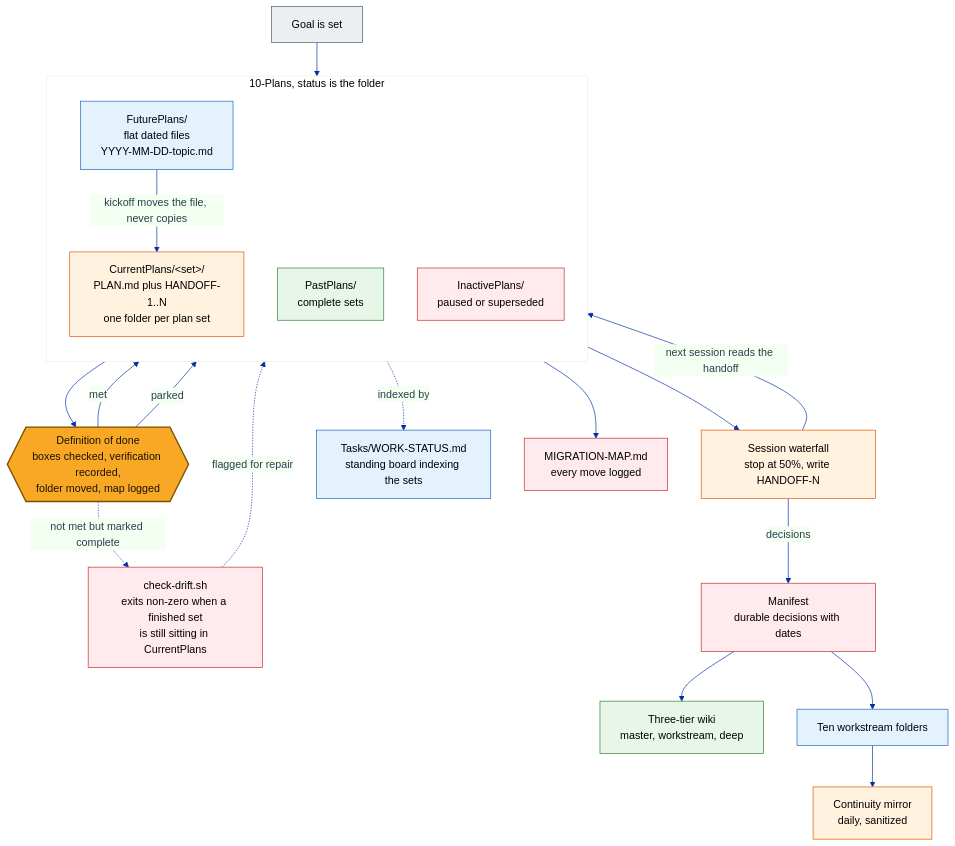
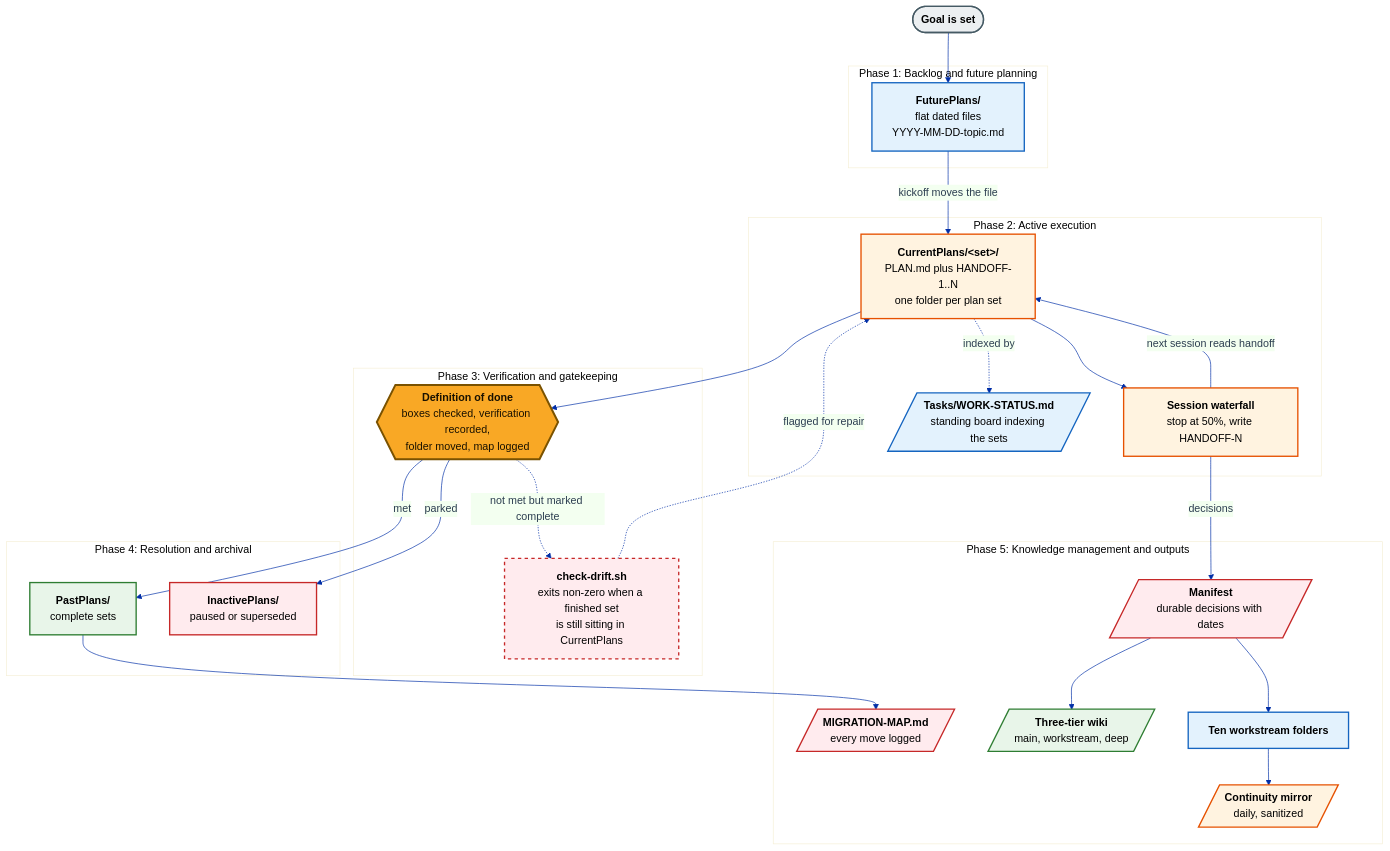
The diagram in diagrams/operating-loop.mmd (mmentzerhernandez/global_experience), drawn with Mermaid before and after one commit. The commit also changed 8 other files, not shown here.

First line of the commit message:
content: new plans lifecycle and email-routing diagrams, main not master

```diff
--- a/diagrams/operating-loop.mmd
+++ b/diagrams/operating-loop.mmd
@@ -1,56 +1,89 @@
 ---
 config:
   theme: base
   themeVariables:
     primaryColor: "#f0f3ff"
     primaryBorderColor: "#002fa7"
     primaryTextColor: "#2c3e50"
     lineColor: "#002fa7"
     fontFamily: "-apple-system,BlinkMacSystemFont,Segoe UI,Roboto,sans-serif"
 ---
 flowchart TD
-    OWNER["Goal is set"]:::people
+    %% -- TIER 0: TRIGGER --
+    OWNER([<b>Goal is set</b>]):::people
 
-    subgraph PLANS["10-Plans, status is the folder"]
-        direction TB
-        FUT["FuturePlans/<br/>flat dated files<br/>YYYY-MM-DD-topic.md"]:::access
-        CUR["CurrentPlans/&lt;set&gt;/<br/>PLAN.md plus HANDOFF-1..N<br/>one folder per plan set"]:::enforce
-        PAST["PastPlans/<br/>complete sets"]:::course
-        INACT["InactivePlans/<br/>paused or superseded"]:::report
+    %% -- TIER 1: INCEPTION --
+    subgraph PHASE1 ["Phase 1: Backlog and future planning"]
+        FUT["<b>FuturePlans/</b><br/>flat dated files<br/>YYYY-MM-DD-topic.md"]:::access
     end
 
-    WATERFALL["Session waterfall<br/>stop at 50%, write HANDOFF-N"]:::enforce
-    DOD{{"Definition of done<br/>boxes checked, verification recorded,<br/>folder moved, map logged"}}:::gate
-    BOARD["Tasks/WORK-STATUS.md<br/>standing board indexing the sets"]:::access
-    DRIFT["check-drift.sh<br/>exits non-zero when a finished set<br/>is still sitting in CurrentPlans"]:::refuse
-    MAP["MIGRATION-MAP.md<br/>every move logged"]:::report
+    %% -- TIER 2: ACTIVE WORK --
+    subgraph PHASE2 ["Phase 2: Active execution"]
+        CUR["<b>CurrentPlans/&lt;set&gt;/</b><br/>PLAN.md plus HANDOFF-1..N<br/>one folder per plan set"]:::enforce
+        WATERFALL["<b>Session waterfall</b><br/>stop at 50%, write HANDOFF-N"]:::enforce
+        BOARD[/"<b>Tasks/WORK-STATUS.md</b><br/>standing board indexing the sets"/]:::access
+    end
 
-    MANIFEST["Manifest<br/>durable decisions with dates"]:::report
-    WIKI["Three-tier wiki<br/>master, workstream, deep"]:::course
-    WORK["Ten workstream folders"]:::access
-    MIRROR["Continuity mirror<br/>daily, sanitized"]:::enforce
+    %% -- TIER 3: QUALITY GATE --
+    subgraph PHASE3 ["Phase 3: Verification and gatekeeping"]
+        DOD{{"<b>Definition of done</b><br/>boxes checked, verification recorded,<br/>folder moved, map logged"}}:::gate
+        DRIFT["<b>check-drift.sh</b><br/>exits non-zero when a finished set<br/>is still sitting in CurrentPlans"]:::refuse
+    end
 
+    %% -- TIER 4: TERMINAL STATES --
+    subgraph PHASE4 ["Phase 4: Resolution and archival"]
+        PAST["<b>PastPlans/</b><br/>complete sets"]:::course
+        INACT["<b>InactivePlans/</b><br/>paused or superseded"]:::report
+    end
+
+    %% -- TIER 5: DOWNSTREAM ARTIFACTS --
+    subgraph PHASE5 ["Phase 5: Knowledge management and outputs"]
+        MAP[/"<b>MIGRATION-MAP.md</b><br/>every move logged"/]:::report
+        MANIFEST[/"<b>Manifest</b><br/>durable decisions with dates"/]:::report
+        WIKI[/"<b>Three-tier wiki</b><br/>main, workstream, deep"/]:::course
+        WORK["<b>Ten workstream folders</b>"]:::access
+        MIRROR[/"<b>Continuity mirror</b><br/>daily, sanitized"/]:::enforce
+    end
+
+    %% =======================
+    %% LIFECYCLE ROUTING
+    %% =======================
+
+    %% Initiation
     OWNER --> FUT
-    FUT -->|"kickoff moves the file, never copies"| CUR
+    FUT -->|"kickoff moves the file"| CUR
+
+    %% Active work loop
     CUR --> WATERFALL
-    WATERFALL -->|"next session reads the handoff"| CUR
+    WATERFALL -->|"next session reads handoff"| CUR
+    CUR -.->|"indexed by"| BOARD
+
+    %% Moving to verification
     CUR --> DOD
+
+    %% Validation and repair loop
+    DOD -.->|"not met but marked complete"| DRIFT
+    DRIFT -.->|"flagged for repair"| CUR
+
+    %% Resolution states
     DOD -->|"met"| PAST
     DOD -->|"parked"| INACT
+
+    %% Downstream artifacts
     PAST --> MAP
-    CUR -.->|"indexed by"| BOARD
-    DOD -.->|"not met but marked complete"| DRIFT
-    DRIFT -.->|"flagged for repair"| CUR
 
     WATERFALL -->|"decisions"| MANIFEST
     MANIFEST --> WIKI
     MANIFEST --> WORK
     WORK --> MIRROR
 
-    classDef people fill:#ECEFF1,stroke:#455A64,color:#000000
-    classDef access fill:#E3F2FD,stroke:#1565C0,color:#000000
-    classDef course fill:#E8F5E9,stroke:#2E7D32,color:#000000
-    classDef enforce fill:#FFF3E0,stroke:#E65100,color:#000000
-    classDef report fill:#FFEBEE,stroke:#C62828,color:#000000
-    classDef refuse fill:#FFEBEE,stroke:#C62828,color:#000000
-    classDef gate fill:#F9A825,stroke:#7A5200,color:#1A1200,stroke-width:2px
+    %% =======================
+    %% STYLING CLASSES
+    %% =======================
+    classDef people fill:#ECEFF1,stroke:#455A64,color:#000000,stroke-width:2px
+    classDef access fill:#E3F2FD,stroke:#1565C0,color:#000000,stroke-width:2px
+    classDef course fill:#E8F5E9,stroke:#2E7D32,color:#000000,stroke-width:2px
+    classDef enforce fill:#FFF3E0,stroke:#E65100,color:#000000,stroke-width:2px
+    classDef report fill:#FFEBEE,stroke:#C62828,color:#000000,stroke-width:2px
+    classDef refuse fill:#FFEBEE,stroke:#C62828,color:#000000,stroke-width:2px,stroke-dasharray: 5 5
+    classDef gate fill:#F9A825,stroke:#7A5200,color:#1A1200,stroke-width:3px
```
